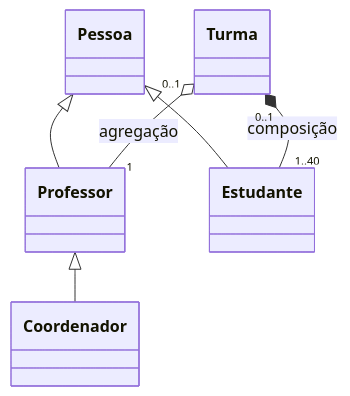
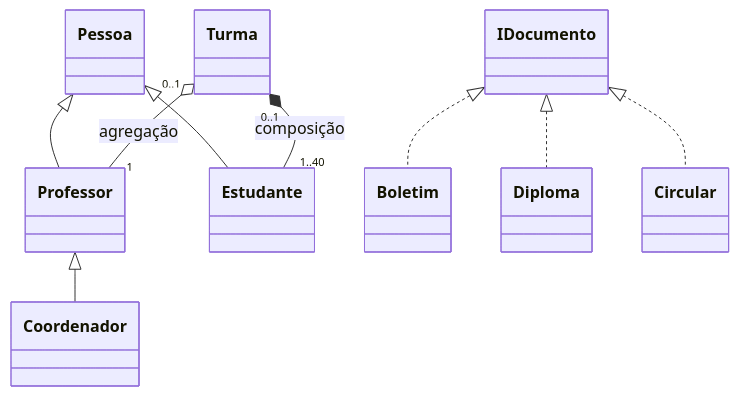
One commit to educsantos/sga changed the diagram in docs/diagrama_de_classe.mermaid. Above: the diagram before and after it, drawn with Mermaid. The commit also changed other lines of this file, not shown here.

Commit message:
Atualizado o diagrama de classe. Acrescentei a interface IDocumento e as classes derivadas Diploma, Boletim e Circular.

```diff
--- a/docs/diagrama_de_classe.mermaid
+++ b/docs/diagrama_de_classe.mermaid
@@ -1,11 +1,17 @@
 classDiagram
 
 Pessoa <|-- Professor
 Pessoa <|-- Estudante
 Professor <|-- Coordenador
 Turma "0..1" o-- "1" Professor : agregação
 Turma "0..1" *-- "1..40" Estudante : composição
 
 %% Comentário: Uma turma é considerada viável se tiver pelo menos 20 estudantes matriculados.
   %% Essa lógica será implementada no método verificarViabilidade() da classe Turma.
-  %% Gwen
+
+%% Documentos do Estudante
+IDocumento <|.. Boletim
+IDocumento <|.. Diploma
+
+%% Documentos Institucionais
+IDocumento <|.. Circular
```
